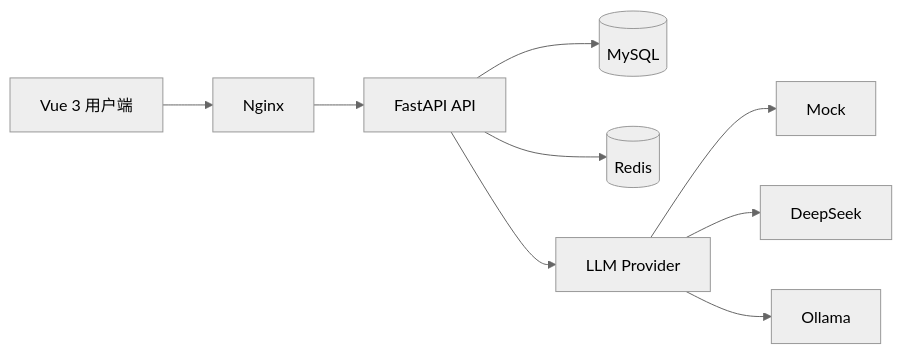
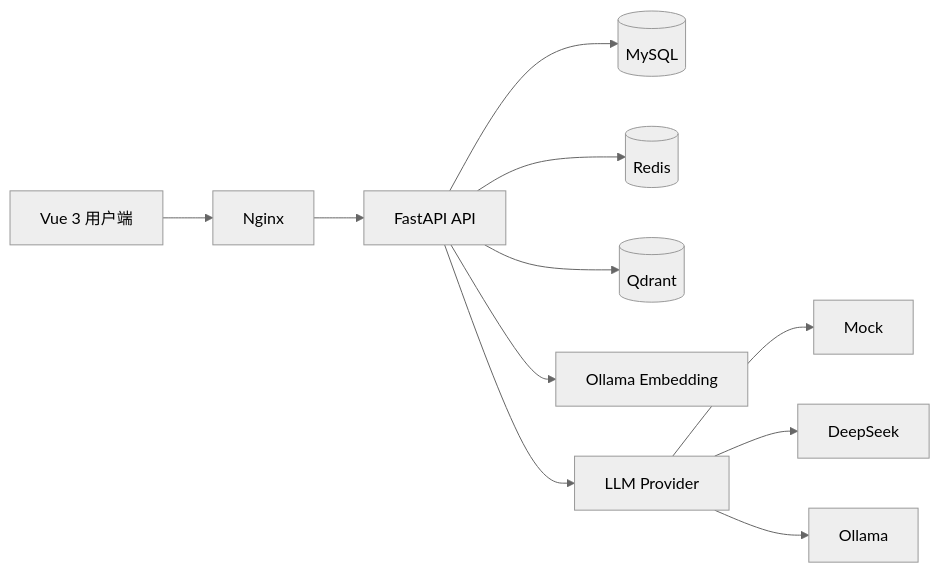
The diagram in README.md (ztandcos/ai-interview), drawn with Mermaid (neutral theme) before and after one commit. The commit also changed other lines of this file and 20 other files, not shown here.

````diff
--- a/README.md
+++ b/README.md
@@ -21,11 +21,13 @@
 ```mermaid
 flowchart LR
     U["Vue 3 用户端"] --> N["Nginx"]
     N --> A["FastAPI API"]
     A --> M[("MySQL")]
     A --> R[("Redis")]
+    A --> Q[("Qdrant")]
+    A --> E["Ollama Embedding"]
     A --> P["LLM Provider"]
     P --> K["Mock"]
     P --> D["DeepSeek"]
     P --> O["Ollama"]
 ```
````
